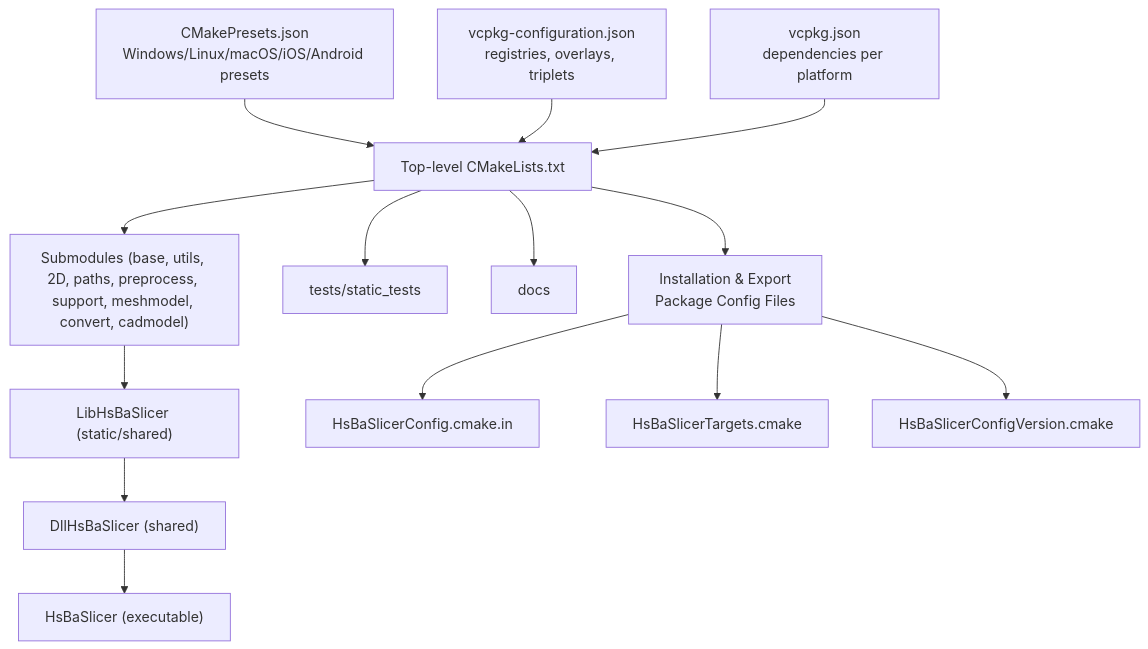
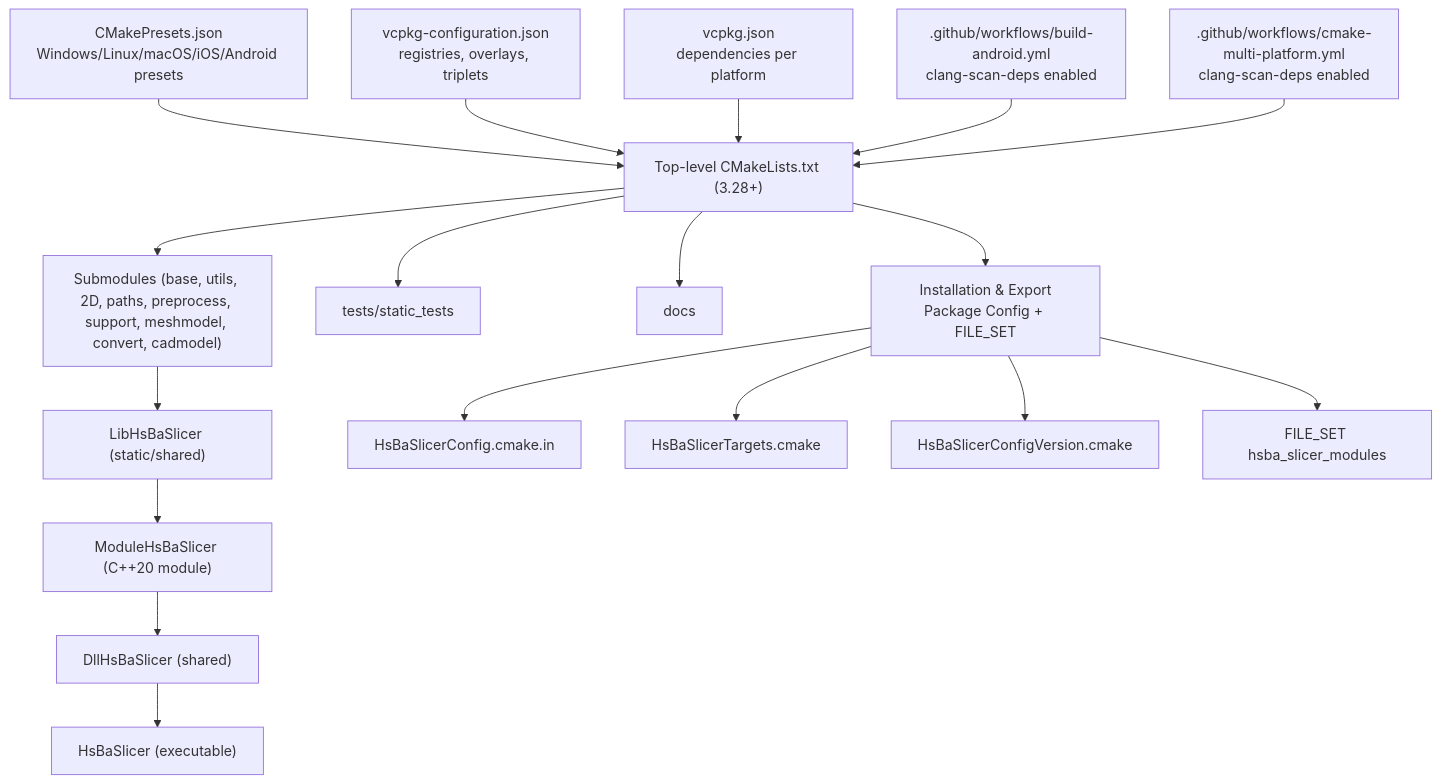
One commit to hsmbanlance/HsBaSlicer changed the second of 18 diagrams in .qoder/repowiki/en/content/Getting Started/Multi-Platform Build System.md. Above: the diagram before and after it, drawn with Mermaid. The commit also changed other lines of this file and 19 other files, not shown here.

````diff
--- a/.qoder/repowiki/en/content/Getting Started/Multi-Platform Build System.md
+++ b/.qoder/repowiki/en/content/Getting Started/Multi-Platform Build System.md
@@ -116,16 +134,20 @@
 ```mermaid
 graph TB
-Presets["CMakePresets.json<br/>Windows/Linux/macOS/iOS/Android presets"] --> CMakeRoot["Top-level CMakeLists.txt"]
+Presets["CMakePresets.json<br/>Windows/Linux/macOS/iOS/Android presets"] --> CMakeRoot["Top-level CMakeLists.txt (3.28+)"]
 VcpkgCfg["vcpkg-configuration.json<br/>registries, overlays, triplets"] --> CMakeRoot
 VcpkgJson["vcpkg.json<br/>dependencies per platform"] --> CMakeRoot
+BuildAndroid[".github/workflows/build-android.yml<br/>clang-scan-deps enabled"] --> CMakeRoot
+CMakeMulti[".github/workflows/cmake-multi-platform.yml<br/>clang-scan-deps enabled"] --> CMakeRoot
 CMakeRoot --> Modules["Submodules (base, utils, 2D, paths, preprocess, support, meshmodel, convert, cadmodel)"]
 Modules --> LibHsBaSlicer["LibHsBaSlicer (static/shared)"]
-LibHsBaSlicer --> DllHsBaSlicer["DllHsBaSlicer (shared)"]
+LibHsBaSlicer --> ModuleHsBaSlicer["ModuleHsBaSlicer (C++20 module)"]
+ModuleHsBaSlicer --> DllHsBaSlicer["DllHsBaSlicer (shared)"]
 DllHsBaSlicer --> App["HsBaSlicer (executable)"]
 CMakeRoot --> Tests["tests/static_tests"]
 CMakeRoot --> Docs["docs"]
-CMakeRoot --> Install["Installation & Export<br/>Package Config Files"]
+CMakeRoot --> Install["Installation & Export<br/>Package Config + FILE_SET"]
 Install --> ConfigFile["HsBaSlicerConfig.cmake.in"]
 Install --> Targets["HsBaSlicerTargets.cmake"]
 Install --> Version["HsBaSlicerConfigVersion.cmake"]
+Install --> ModulesSet["FILE_SET hsba_slicer_modules"]
 ```
````
